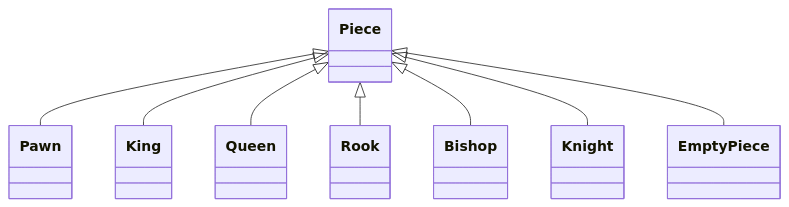
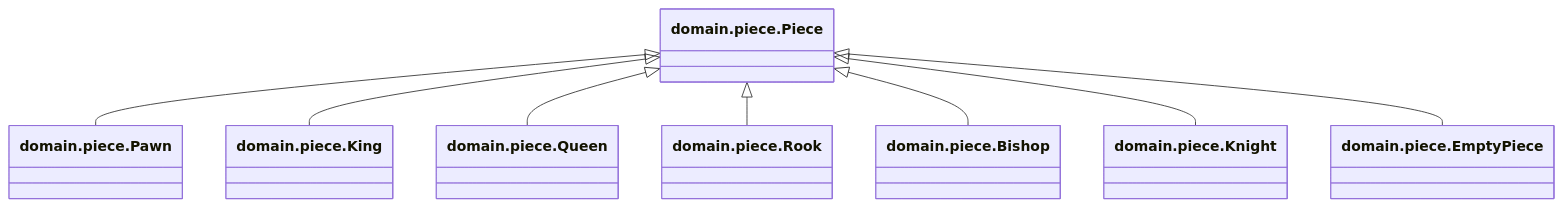
The second of 2 diagrams in README.md (woowacourse/java-chess), drawn with Mermaid before and after one commit. The commit also changed other lines of this file and 27 other files, not shown here.

````diff
--- a/README.md
+++ b/README.md
@@ -30,10 +30,10 @@
 ```mermaid
 classDiagram
-    Piece <|-- Pawn
-    Piece <|-- King
-    Piece <|-- Queen
-    Piece <|-- Rook
-    Piece <|-- Bishop
-    Piece <|-- Knight
-    Piece <|-- EmptyPiece
+    domain.piece.Piece <|-- domain.piece.Pawn
+domain.piece.Piece <|-- domain.piece.King
+domain.piece.Piece <|-- domain.piece.Queen
+domain.piece.Piece <|-- domain.piece.Rook
+domain.piece.Piece <|-- domain.piece.Bishop
+domain.piece.Piece <|-- domain.piece.Knight
+domain.piece.Piece <|-- domain.piece.EmptyPiece
 ```
````
